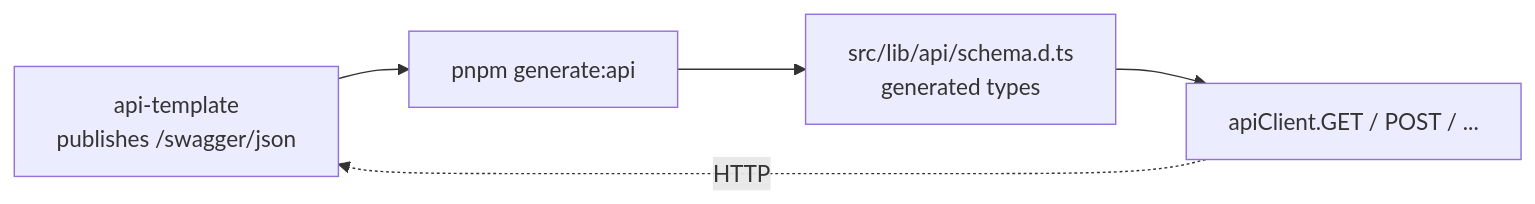
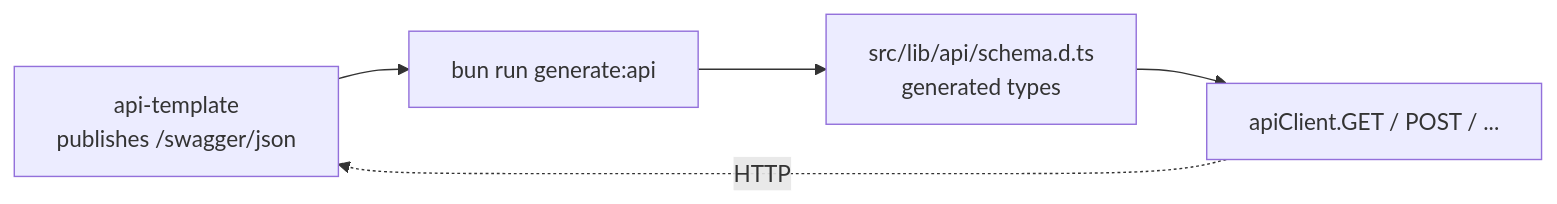
One commit to boringstack-xyz/boringstack changed the diagram in apps/docs/src/content/docs/ui/openapi-client.mdx. Above: the diagram before and after it, drawn with Mermaid. The commit also changed other lines of this file and 102 other files, not shown here.

````diff
--- a/apps/docs/src/content/docs/ui/openapi-client.mdx
+++ b/apps/docs/src/content/docs/ui/openapi-client.mdx
@@ -31,11 +31,11 @@
 ```mermaid
 flowchart LR
   api["api-template<br/>publishes /swagger/json"]
-  gen["pnpm generate:api"]
+  gen["bun run generate:api"]
   schema["src/lib/api/schema.d.ts<br/>generated types"]
   client["apiClient.GET / POST / ..."]
   api --> gen
   gen --> schema
   schema --> client
   client -.->|HTTP| api
 ```
````
